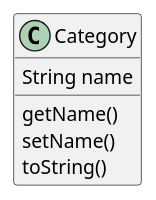
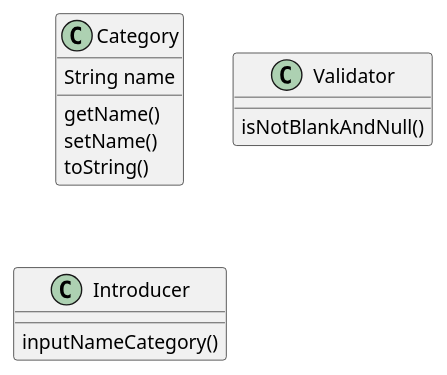
The diagram in src/Diagram.puml (MrsWanga/ProgramowanieObiektowe), drawn with PlantUML before and after one commit. The commit also changed 5 other files, not shown here.

Commit message:
Dodano klasy validator i introducer

```diff
--- a/src/Diagram.puml
+++ b/src/Diagram.puml
@@ -1,12 +1,20 @@
 @startuml
 'https://plantuml.com/class-diagram
 
 class Category {
 String name
 getName()
 setName()
 toString()
 }
 
+class Validator {
+isNotBlankAndNull()
+}
+
+class Introducer {
+inputNameCategory()
+}
+
 
 @enduml
```
